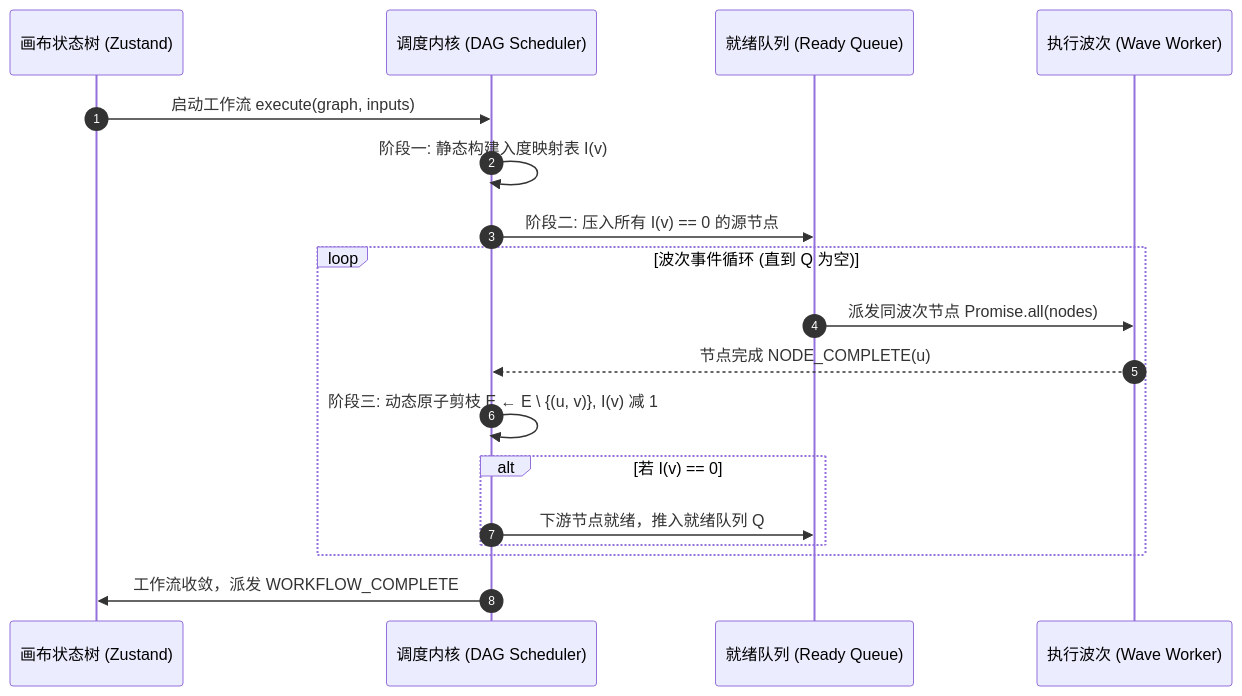
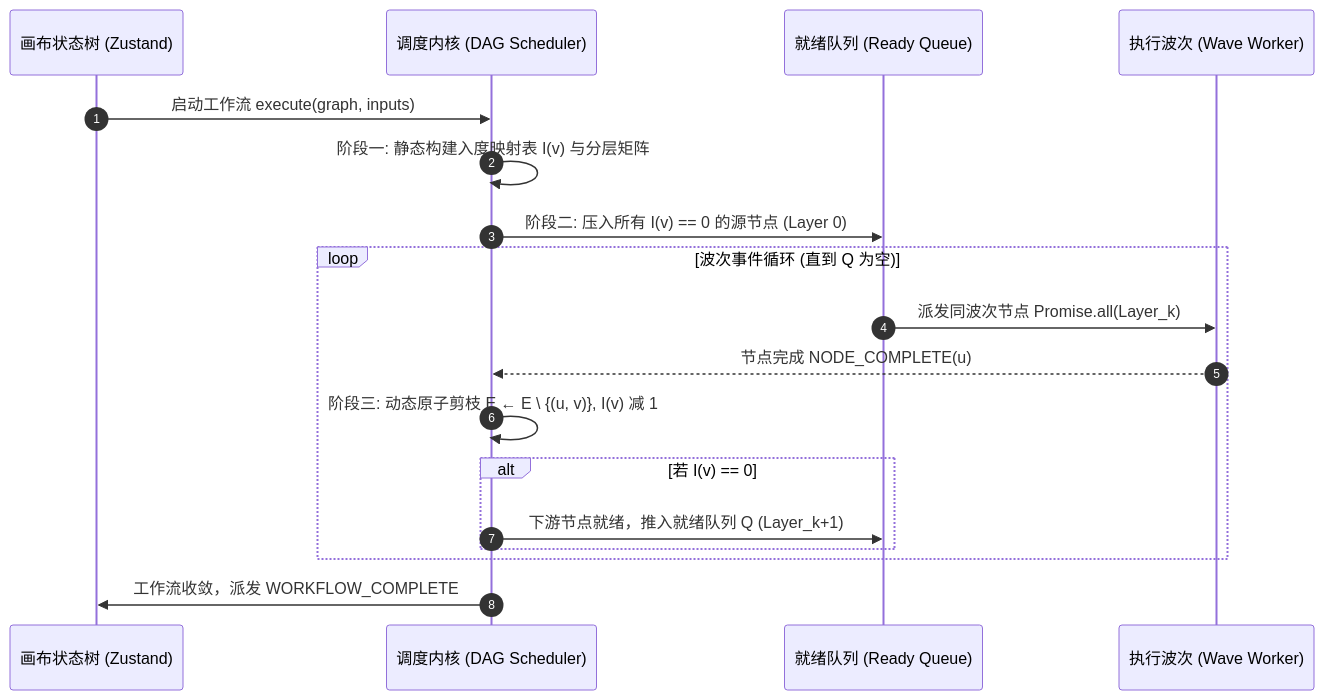
Before and after one commit to GuoBug/PatchCat: the third of 7 diagrams in docs/02-architecture/patchcat-architecture-whitepaper.md, drawn with Mermaid. The commit also changed other lines of this file and 36 other files, not shown here.

Commit message:
chore(arch): harden engine architecture, resolve technical debt, and update docs [v0.4.2]

````diff
--- a/docs/02-architecture/patchcat-architecture-whitepaper.md
+++ b/docs/02-architecture/patchcat-architecture-whitepaper.md
@@ -69,21 +179,21 @@
 ```mermaid
 sequenceDiagram
     autonumber
     participant UI as 画布状态树 (Zustand)
     participant Engine as 调度内核 (DAG Scheduler)
     participant Q as 就绪队列 (Ready Queue)
     participant Exec as 执行波次 (Wave Worker)
 
     UI->>Engine: 启动工作流 execute(graph, inputs)
-    Engine->>Engine: 阶段一: 静态构建入度映射表 I(v)
-    Engine->>Q: 阶段二: 压入所有 I(v) == 0 的源节点
+    Engine->>Engine: 阶段一: 静态构建入度映射表 I(v) 与分层矩阵
+    Engine->>Q: 阶段二: 压入所有 I(v) == 0 的源节点 (Layer 0)
     loop 波次事件循环 (直到 Q 为空)
-        Q->>Exec: 派发同波次节点 Promise.all(nodes)
+        Q->>Exec: 派发同波次节点 Promise.all(Layer_k)
         Exec-->>Engine: 节点完成 NODE_COMPLETE(u)
         Engine->>Engine: 阶段三: 动态原子剪枝 E ← E \ {(u, v)}, I(v) 减 1
         alt 若 I(v) == 0
-            Engine->>Q: 下游节点就绪，推入就绪队列 Q
+            Engine->>Q: 下游节点就绪，推入就绪队列 Q (Layer_k+1)
         end
     end
     Engine->>UI: 工作流收敛，派发 WORKFLOW_COMPLETE
 ```
````
